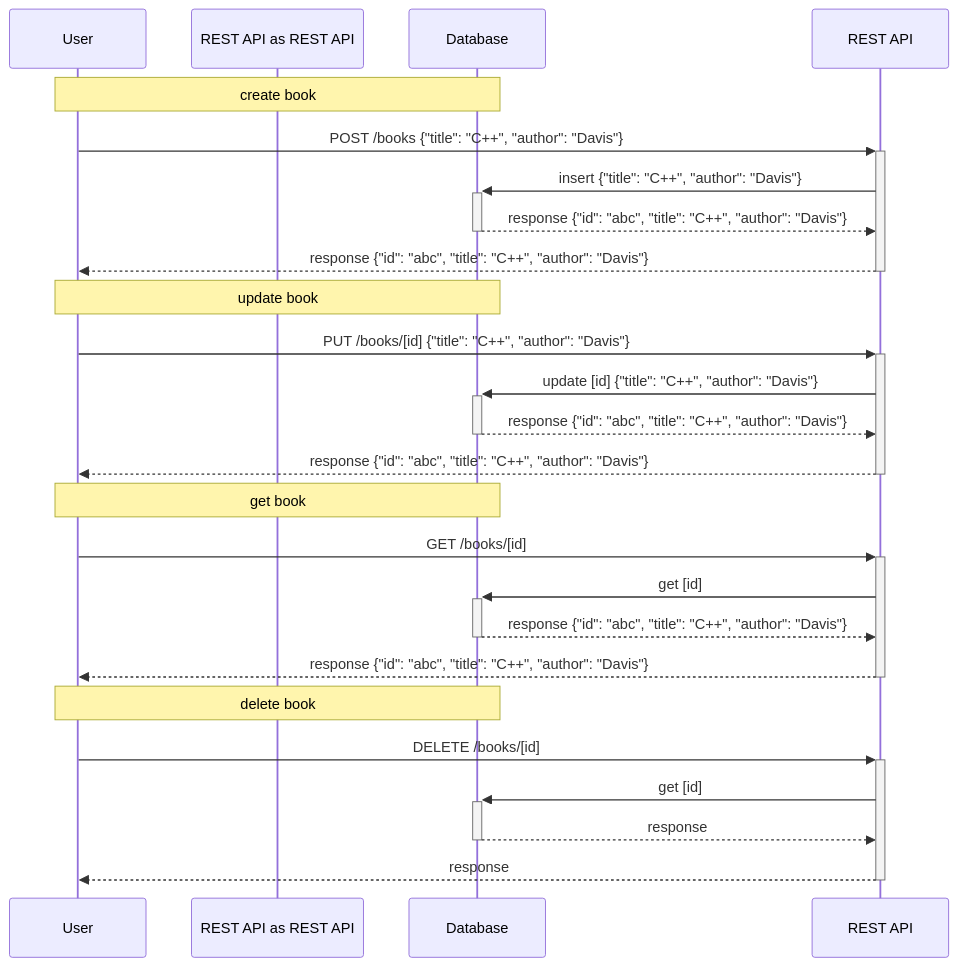
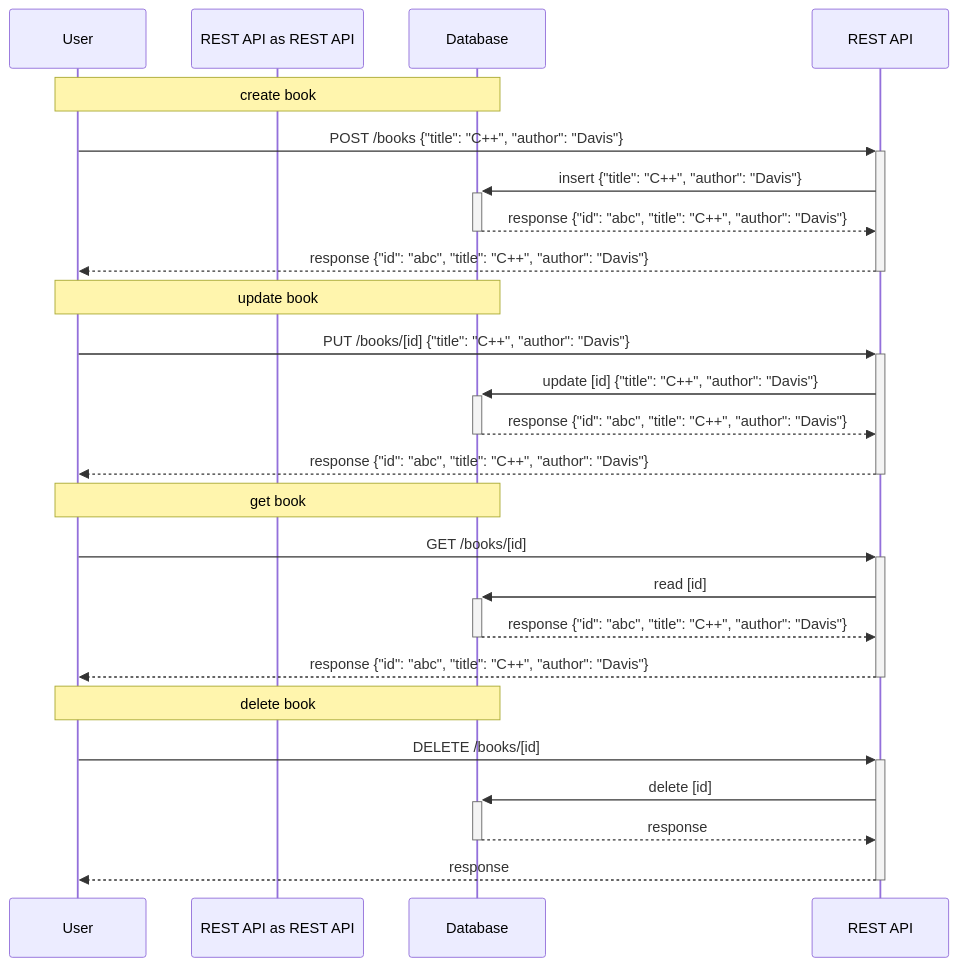
One commit to allegro/parallel-test-execution-workshop changed the diagram in part2.1-database/README.md. Above: the diagram before and after it, drawn with Mermaid.

Commit message:
Fix metod names in sequence diagrams

````diff
--- a/part2.1-database/README.md
+++ b/part2.1-database/README.md
@@ -5,26 +5,26 @@
 ```mermaid
 sequenceDiagram
     participant User as User
     participant REST API as REST API
     participant Database as Database
     Note over User, Database: create book
     User ->>+ REST API: POST /books {"title": "C++", "author": "Davis"}
     REST API ->>+ Database: insert {"title": "C++", "author": "Davis"}
     Database -->>- REST API: response {"id": "abc", "title": "C++", "author": "Davis"}
     REST API -->>- User: response {"id": "abc", "title": "C++", "author": "Davis"}
     Note over User, Database: update book
     User ->>+ REST API: PUT /books/[id] {"title": "C++", "author": "Davis"}
     REST API ->>+ Database: update [id] {"title": "C++", "author": "Davis"}
     Database -->>- REST API: response {"id": "abc", "title": "C++", "author": "Davis"}
     REST API -->>- User: response {"id": "abc", "title": "C++", "author": "Davis"}
     Note over User, Database: get book
     User ->>+ REST API: GET /books/[id]
-    REST API ->>+ Database: get [id]
+    REST API ->>+ Database: read [id]
     Database -->>- REST API: response {"id": "abc", "title": "C++", "author": "Davis"}
     REST API -->>- User: response {"id": "abc", "title": "C++", "author": "Davis"}
     Note over User, Database: delete book
     User ->>+ REST API: DELETE /books/[id]
-    REST API ->>+ Database: get [id]
+    REST API ->>+ Database: delete [id]
     Database -->>- REST API: response
     REST API -->>- User: response
 ```
````
